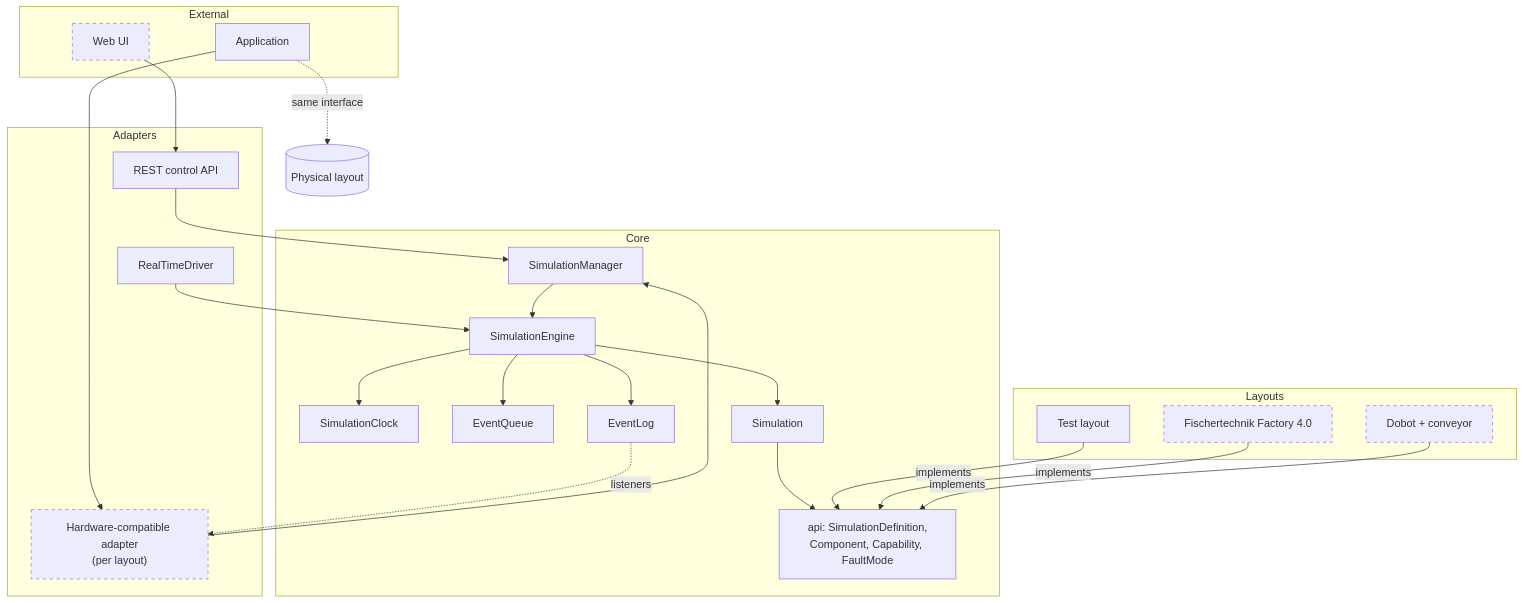
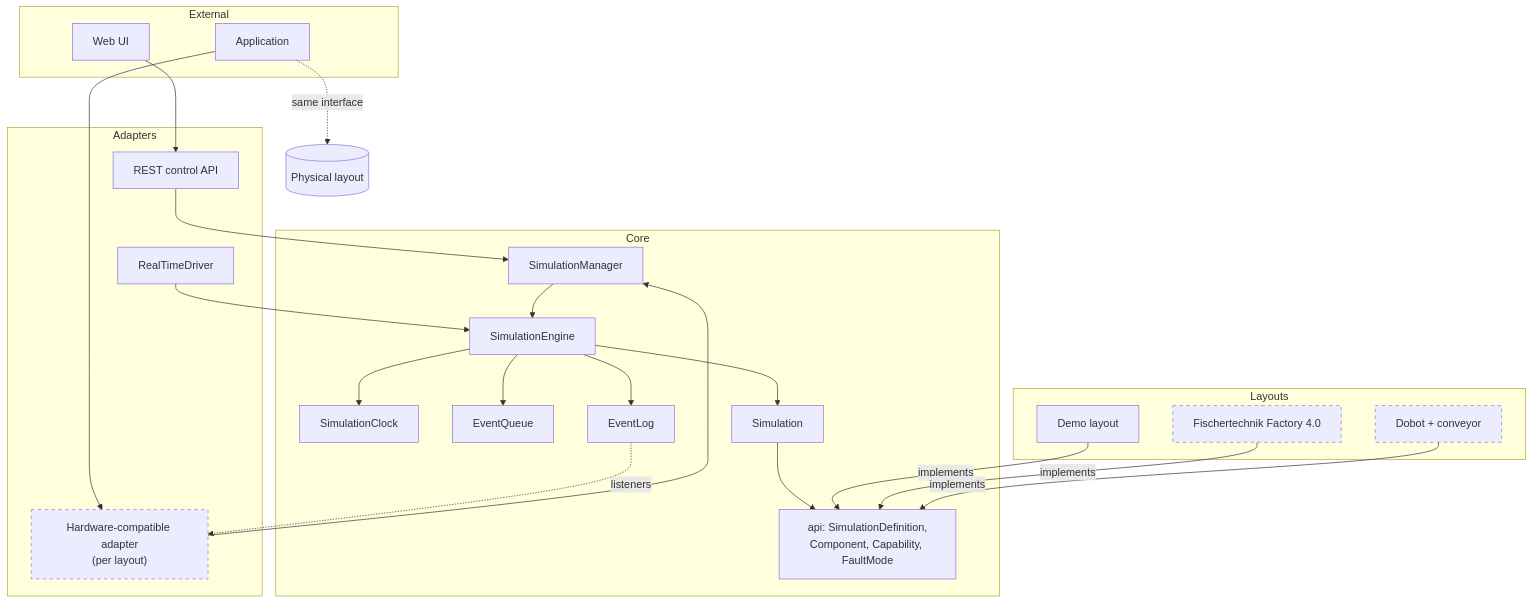
Before and after one commit to sejmasijaric/simulator-platform: the first of 5 diagrams in docs/architecture.md, drawn with Mermaid. The commit also changed 26 other files, not shown here.

````diff
--- a/docs/architecture.md
+++ b/docs/architecture.md
@@ -7,51 +7,51 @@
 ```mermaid
 flowchart TB
     subgraph external["External"]
         ui["Web UI"]
         app["Application"]
     end
 
     subgraph adapters["Adapters"]
         rest["REST control API"]
         hw["Hardware-compatible adapter<br/>(per layout)"]
         driver["RealTimeDriver"]
     end
 
     subgraph core["Core"]
         manager["SimulationManager"]
         engine["SimulationEngine"]
         clock["SimulationClock"]
         queue["EventQueue"]
         log["EventLog"]
         sim["Simulation"]
         apiNode["api: SimulationDefinition,<br/>Component, Capability, FaultMode"]
     end
 
     subgraph layouts["Layouts"]
-        test["Test layout"]
+        test["Demo layout"]
         ft["Fischertechnik Factory 4.0"]
         dobot["Dobot + conveyor"]
     end
 
     physical[("Physical layout")]
 
     ui --> rest
     app --> hw
     app -. "same interface" .-> physical
     rest --> manager
     hw --> manager
     driver --> engine
     manager --> engine
     engine --> clock
     engine --> queue
     engine --> log
     engine --> sim
     sim --> apiNode
     test -- implements --> apiNode
     ft -- implements --> apiNode
     dobot -- implements --> apiNode
     log -. listeners .-> hw
 
     classDef planned stroke-dasharray: 5 5
-    class ui,hw,ft,dobot planned
+    class hw,ft,dobot planned
 ```
````
